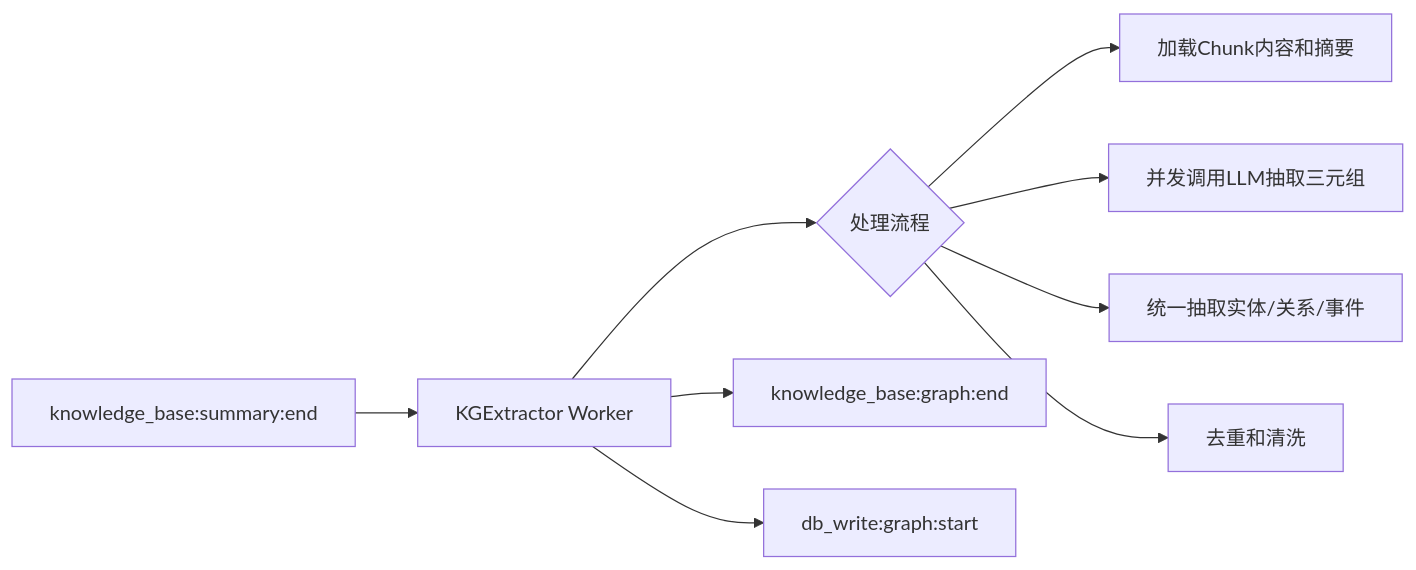
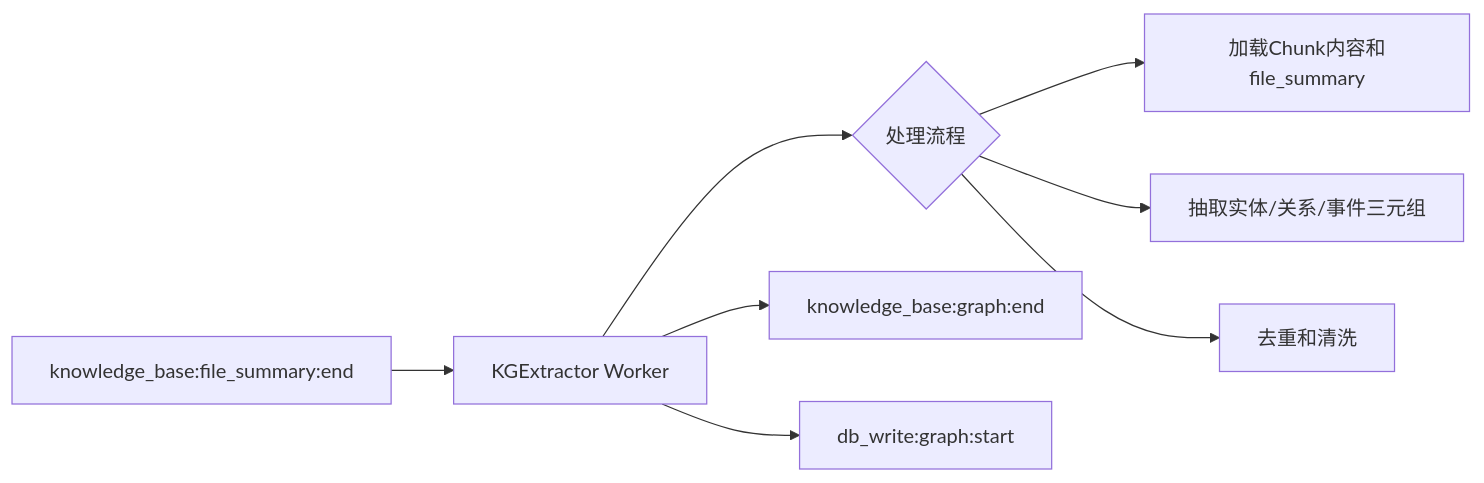
One commit to caixiongjiang/agentic_knowledge_system changed the eighth of 12 diagrams in docs/通用文件和工作空间文件知识库/通用文件索引高性能架构设计.md. Above: the diagram before and after it, drawn with Mermaid. The commit also changed other lines of this file and 3 other files, not shown here.

````diff
--- a/docs/通用文件和工作空间文件知识库/通用文件索引高性能架构设计.md
+++ b/docs/通用文件和工作空间文件知识库/通用文件索引高性能架构设计.md
@@ -872,11 +947,10 @@
 ```mermaid
 graph LR
-    A[knowledge_base:summary:end] --> B[KGExtractor Worker]
+    A[knowledge_base:file_summary:end] --> B[KGExtractor Worker]
     B --> C{处理流程}
-    C --> D[加载Chunk内容和摘要]
-    C --> E[并发调用LLM抽取三元组]
-    C --> F[统一抽取实体/关系/事件]
-    C --> G[去重和清洗]
-    B --> H[knowledge_base:graph:end]
-    B --> I[db_write:graph:start]
+    C --> D[加载Chunk内容和file_summary]
+    C --> E[抽取实体/关系/事件三元组]
+    C --> F[去重和清洗]
+    B --> G[knowledge_base:graph:end]
+    B --> H[db_write:graph:start]
 ```
````
